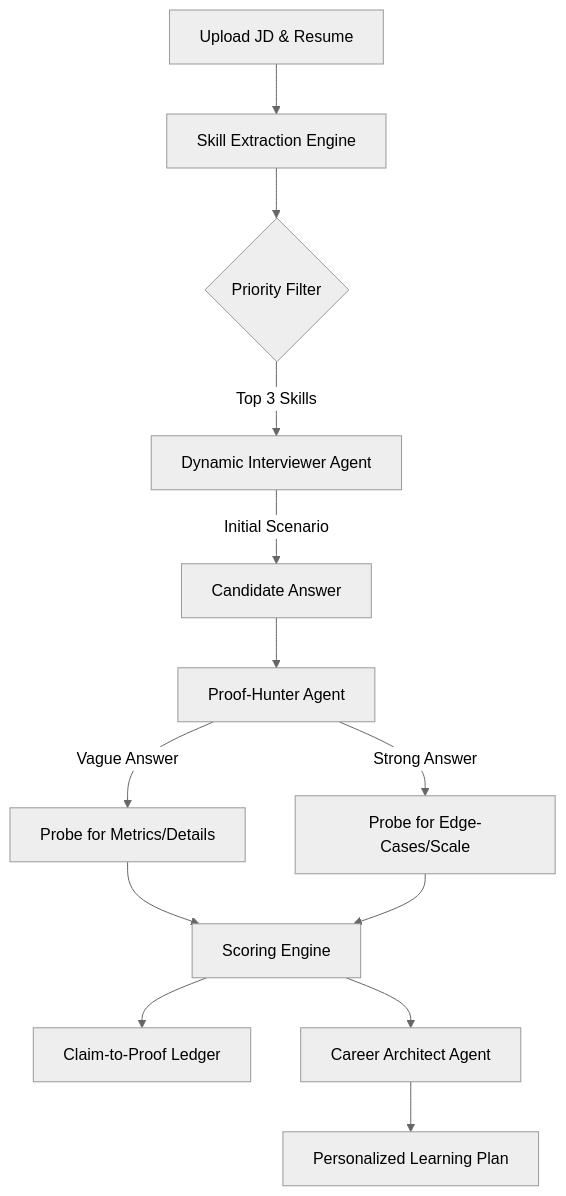
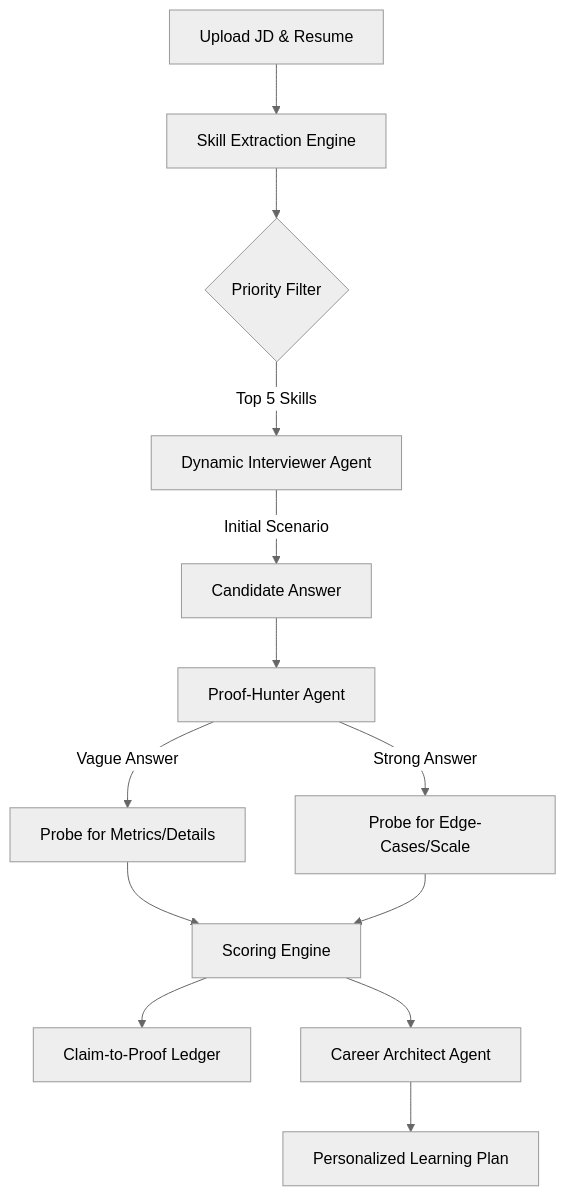
The diagram in README.md (Sehaj64/catalyst-talent-agent), drawn with Mermaid (neutral theme) before and after one commit. The commit also changed other lines of this file and 1 other file, not shown here.

Commit message:
Use Gemini secrets for learning roadmap

````diff
--- a/README.md
+++ b/README.md
@@ -17,15 +17,15 @@
 ```mermaid
 graph TD;
     A[Upload JD & Resume] --> B[Skill Extraction Engine]
     B --> C{Priority Filter}
-    C -->|Top 3 Skills| D[Dynamic Interviewer Agent]
+    C -->|Top 5 Skills| D[Dynamic Interviewer Agent]
     D -->|Initial Scenario| E[Candidate Answer]
     E --> F[Proof-Hunter Agent]
     F -->|Vague Answer| G[Probe for Metrics/Details]
     F -->|Strong Answer| H[Probe for Edge-Cases/Scale]
     G --> I[Scoring Engine]
     H --> I
     I --> J[Claim-to-Proof Ledger]
     I --> K[Career Architect Agent]
     K --> L[Personalized Learning Plan]
 ```
````
